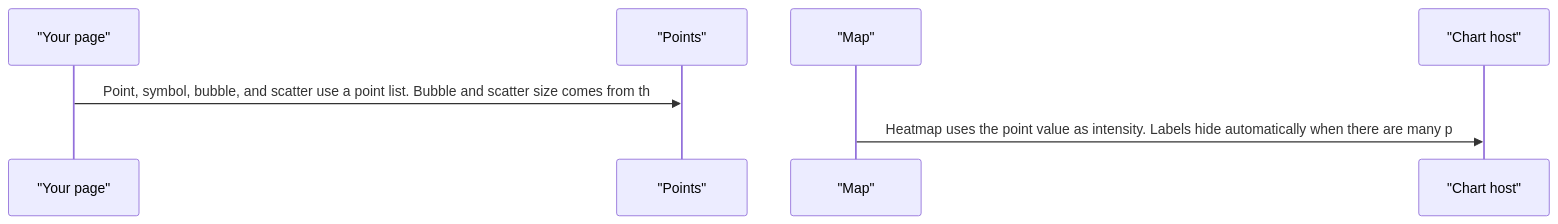
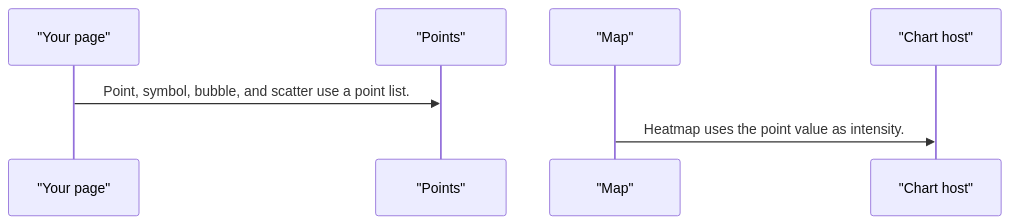
The third of 5 diagrams in projects/pixel-ui/src/lib/pixel-chart-map/DESIGN.md (RajshekharBorate/pixel-ui), drawn with Mermaid before and after one commit. The commit also changed other lines of this file and 80 other files, not shown here.

Commit message:
Fill missing design flows and correct the stories that did not match component behavior.

````diff
--- a/projects/pixel-ui/src/lib/pixel-chart-map/DESIGN.md
+++ b/projects/pixel-ui/src/lib/pixel-chart-map/DESIGN.md
@@ -81,9 +81,9 @@
 ```mermaid
 sequenceDiagram
   participant page as "Your page"
   participant points as "Points"
   participant plot as "Map"
   participant host as "Chart host"
-  page->>points: Point, symbol, bubble, and scatter use a point list. Bubble and scatter size comes from th
-  plot->>host: Heatmap uses the point value as intensity. Labels hide automatically when there are many p
+  page->>points: Point, symbol, bubble, and scatter use a point list.
+  plot->>host: Heatmap uses the point value as intensity.
 ```
````
